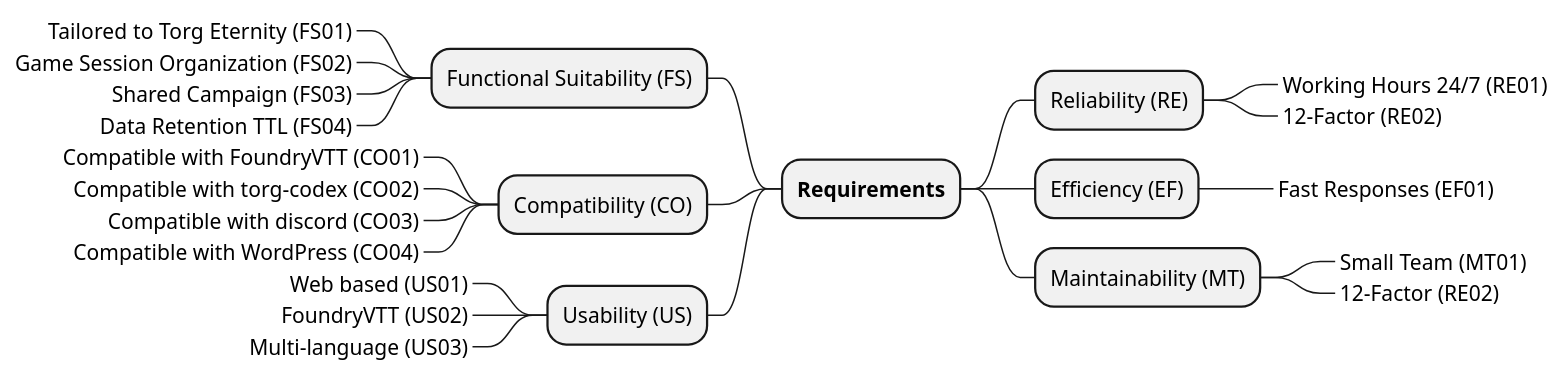
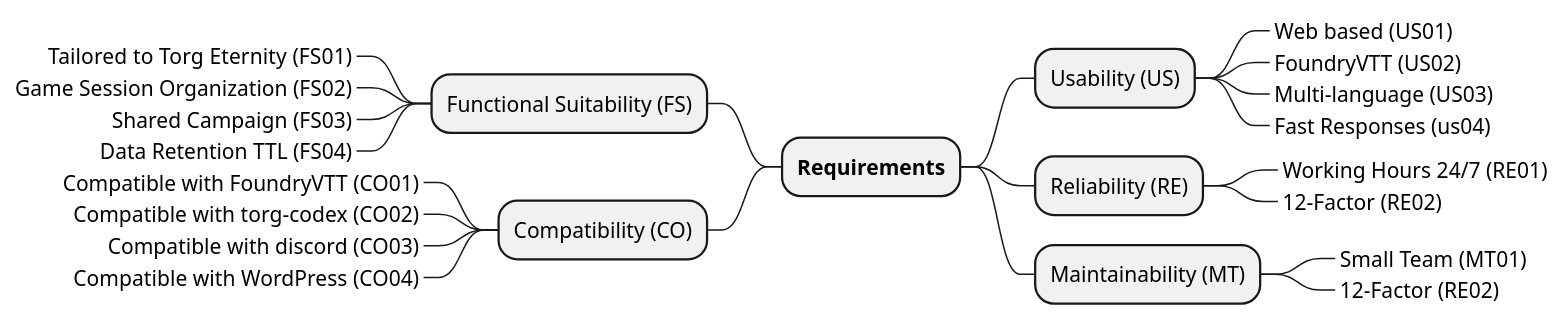
One commit to Paladins-Inn/torganized-play-architecture changed the diagram in src/main/docs/architecture/modules/arc42/pages/10_quality_requirements.adoc. Above: the diagram before and after it, drawn with PlantUML. The commit also changed other lines of this file and 63 other files, not shown here.

```diff
--- a/src/main/docs/architecture/modules/arc42/pages/10_quality_requirements.adoc
+++ b/src/main/docs/architecture/modules/arc42/pages/10_quality_requirements.adoc
@@ -37,29 +34,28 @@
 [plantuml,quality-tree,svg]
-....
+----
 @startmindmap
 + **Requirements**
 -- Functional Suitability (FS)
 ---_ Tailored to Torg Eternity (FS01)
 ---_ Game Session Organization (FS02)
 ---_ Shared Campaign (FS03)
 ---_ Data Retention TTL (FS04)
 -- Compatibility (CO)
 ---_ Compatible with FoundryVTT (CO01)
 ---_ Compatible with torg-codex (CO02)
 ---_ Compatible with discord (CO03)
 ---_ Compatible with WordPress (CO04)
--- Usability (US)
----_ Web based (US01)
----_ FoundryVTT (US02)
----_ Multi-language (US03)
 
+++ Usability (US)
++++_ Web based (US01)
++++_ FoundryVTT (US02)
++++_ Multi-language (US03)
++++_ Fast Responses (us04)
 ++ Reliability (RE)
 +++_ Working Hours 24/7 (RE01)
 +++_ 12-Factor (RE02)
-++ Efficiency (EF)
-+++_ Fast Responses (EF01)
 ++ Maintainability (MT)
 +++_ Small Team (MT01)
 +++_ 12-Factor (RE02)
 @endmindmap
-....
+----
```
